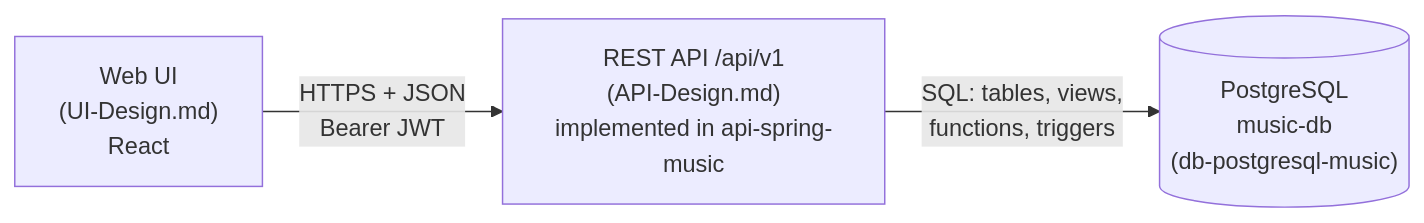
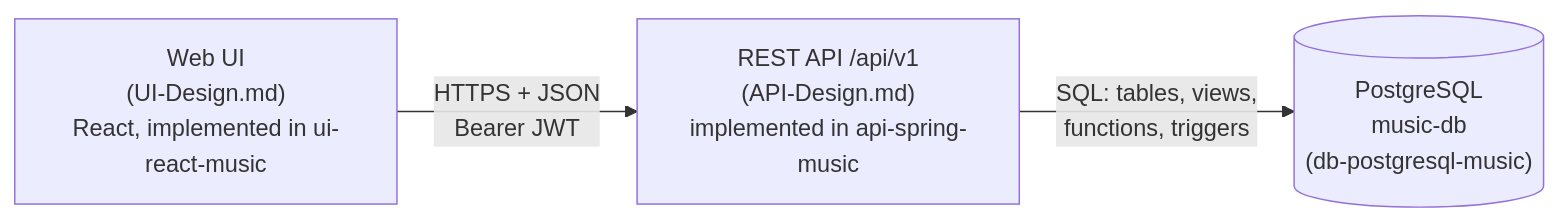
One commit to oggmont/design-music-system changed the diagram in README.md. Above: the diagram before and after it, drawn with Mermaid. The commit also changed other lines of this file and 8 other files, not shown here.

````diff
--- a/README.md
+++ b/README.md
@@ -65,5 +65,5 @@
 ```mermaid
 flowchart LR
-    UI["Web UI<br/>(UI-Design.md)<br/>React"] -- "HTTPS + JSON<br/>Bearer JWT" --> API["REST API /api/v1<br/>(API-Design.md)<br/>implemented in api-spring-music"]
+    UI["Web UI<br/>(UI-Design.md)<br/>React, implemented in ui-react-music"] -- "HTTPS + JSON<br/>Bearer JWT" --> API["REST API /api/v1<br/>(API-Design.md)<br/>implemented in api-spring-music"]
     API -- "SQL: tables, views,<br/>functions, triggers" --> DB[("PostgreSQL<br/>music-db<br/>(db-postgresql-music)")]
 ```
````
